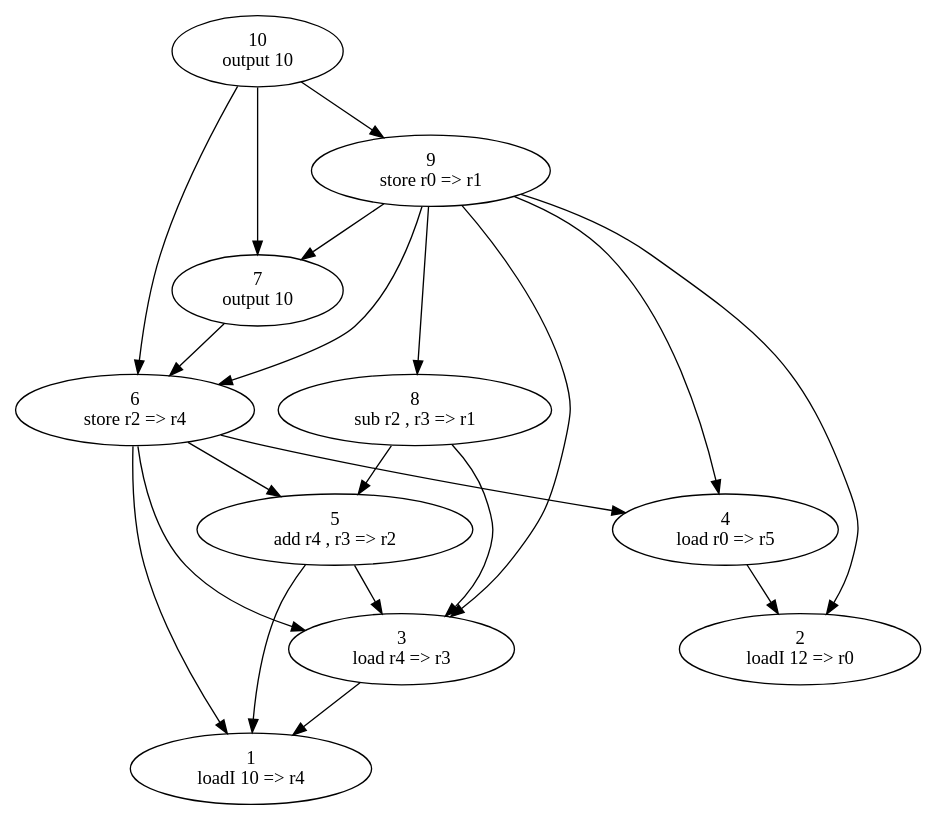
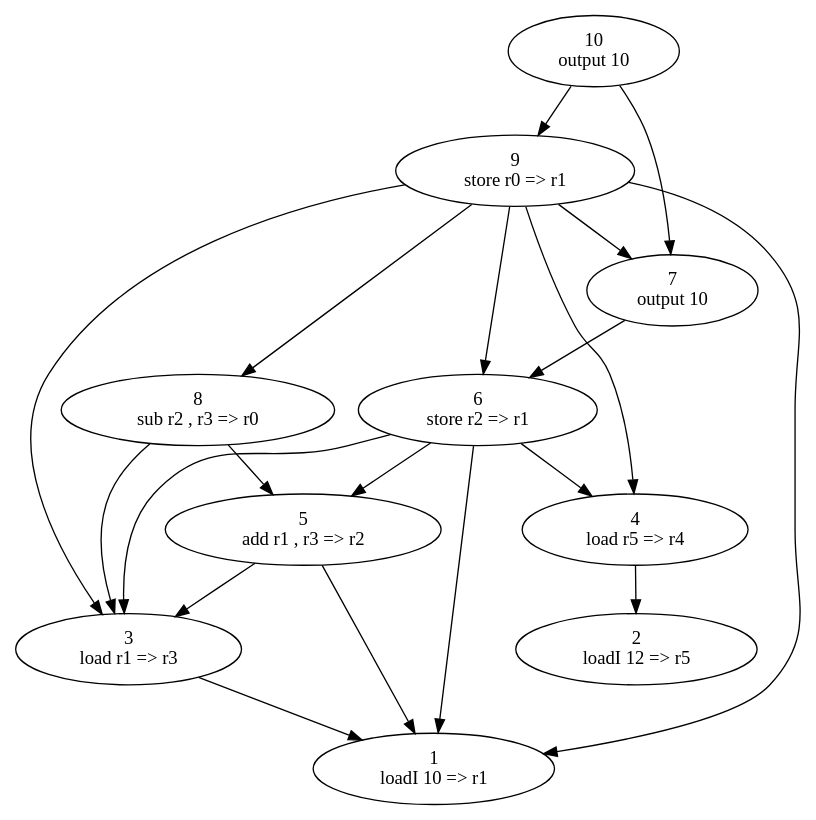
The diagram in graphviz/test.dot (zealk/comp412_lab3), drawn with Graphviz before and after one commit. The commit also changed other lines of this file and 21 other files, not shown here.

```diff
--- a/graphviz/test.dot
+++ b/graphviz/test.dot
@@ -1,33 +1,32 @@
 digraph test
 {
-	1 [label = "1\n loadI 10 => r4"]
-	2 [label = "2\n loadI 12 => r0"]
-	3 [label = "3\n load r4 => r3"]
-	4 [label = "4\n load r0 => r5"]
-	5 [label = "5\n add r4 , r3 => r2"]
-	6 [label = "6\n store r2 => r4"]
+	1 [label = "1\n loadI 10 => r1"]
+	2 [label = "2\n loadI 12 => r5"]
+	3 [label = "3\n load r1 => r3"]
+	4 [label = "4\n load r5 => r4"]
+	5 [label = "5\n add r1 , r3 => r2"]
+	6 [label = "6\n store r2 => r1"]
 	7 [label = "7\n output 10"]
-	8 [label = "8\n sub r2 , r3 => r1"]
+	8 [label = "8\n sub r2 , r3 => r0"]
 	9 [label = "9\n store r0 => r1"]
 	10 [label = "10\n output 10"]
 	5 -> 1
+	9 -> 1
+	3 -> 1
 	6 -> 1
-	3 -> 1
 	4 -> 2
-	9 -> 2
 	9 -> 3
 	5 -> 3
+	8 -> 3
 	6 -> 3
-	8 -> 3
+	6 -> 4
 	9 -> 4
-	6 -> 4
 	6 -> 5
 	8 -> 5
 	7 -> 6
 	9 -> 6
-	10 -> 6
+	10 -> 7
 	9 -> 7
-	10 -> 7
 	9 -> 8
 	10 -> 9
 }
```
